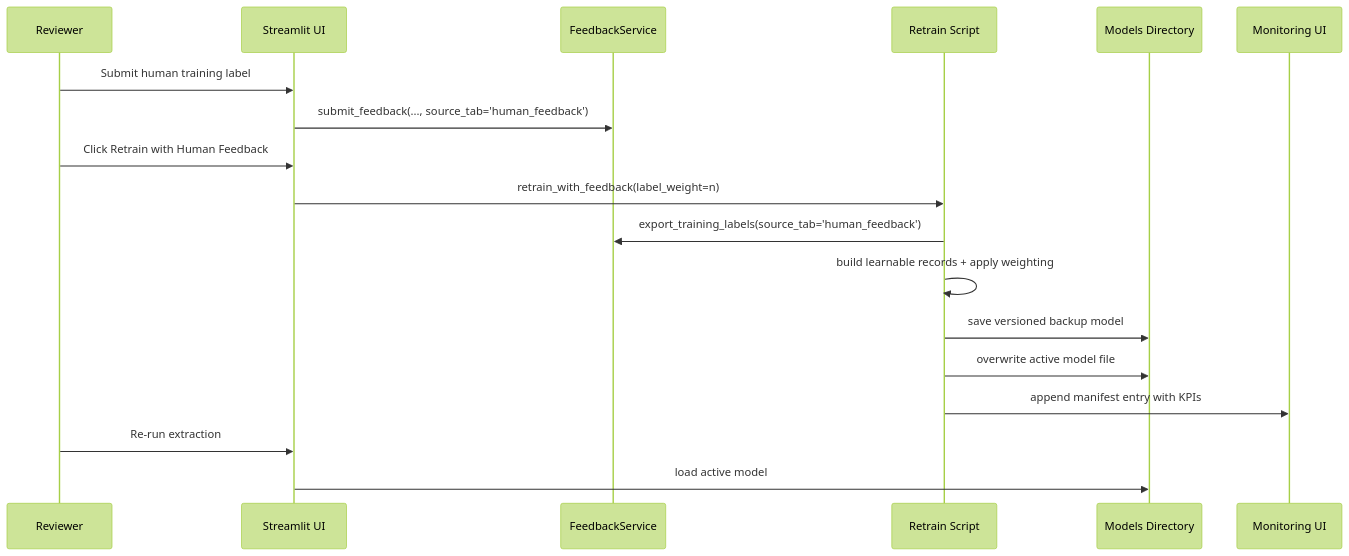
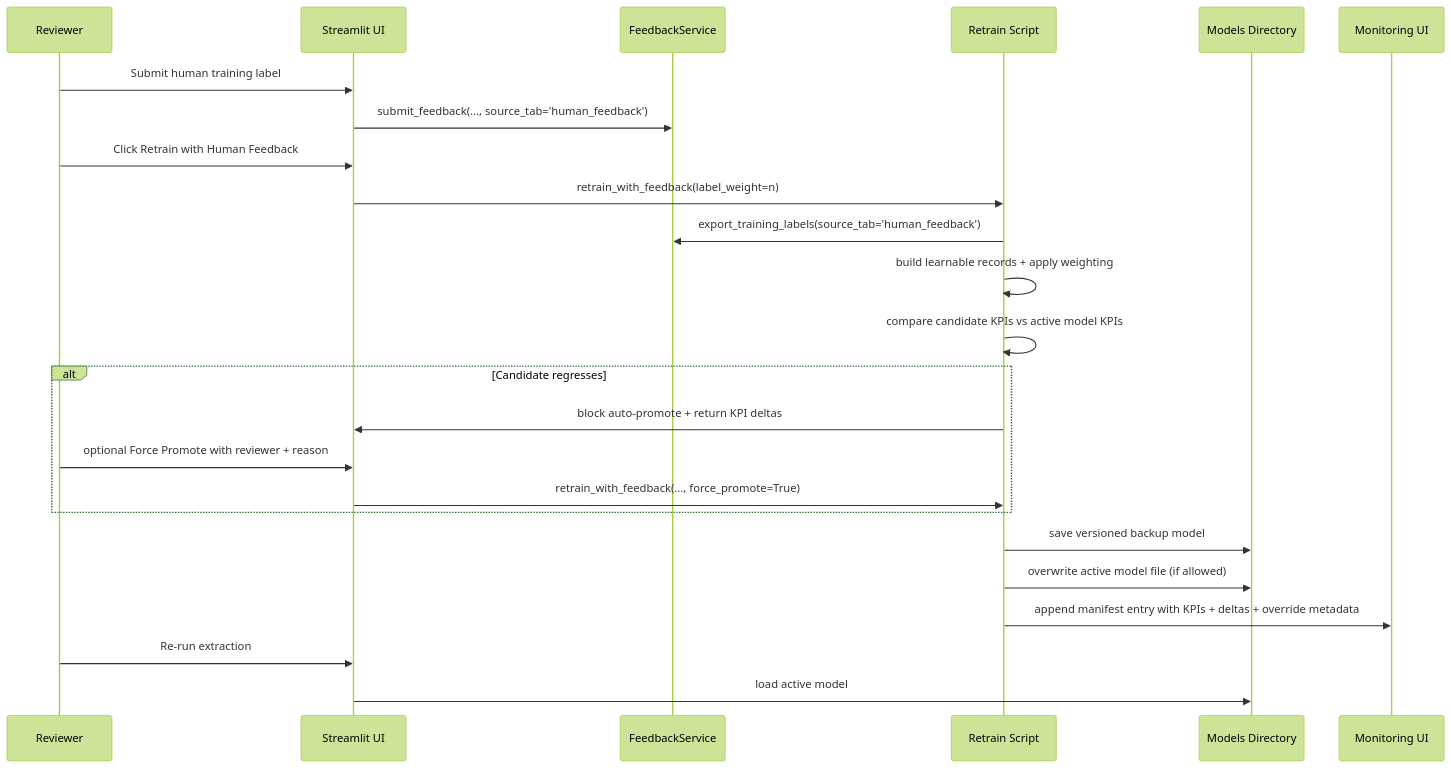
One commit to obizues/AI-Governance-Platform changed the third of 3 diagrams in docs/architecture.md. Above: the diagram before and after it, drawn with Mermaid (forest theme). The commit also changed other lines of this file and 8 other files, not shown here.

````diff
--- a/docs/architecture.md
+++ b/docs/architecture.md
@@ -90,21 +97,27 @@
 ```mermaid
 sequenceDiagram
   participant Reviewer
   participant UI as Streamlit UI
   participant FB as FeedbackService
   participant RT as Retrain Script
   participant M as Models Directory
   participant Mon as Monitoring UI
 
   Reviewer->>UI: Submit human training label
   UI->>FB: submit_feedback(..., source_tab='human_feedback')
   Reviewer->>UI: Click Retrain with Human Feedback
   UI->>RT: retrain_with_feedback(label_weight=n)
   RT->>FB: export_training_labels(source_tab='human_feedback')
   RT->>RT: build learnable records + apply weighting
+  RT->>RT: compare candidate KPIs vs active model KPIs
+  alt Candidate regresses
+    RT->>UI: block auto-promote + return KPI deltas
+    Reviewer->>UI: optional Force Promote with reviewer + reason
+    UI->>RT: retrain_with_feedback(..., force_promote=True)
+  end
   RT->>M: save versioned backup model
-  RT->>M: overwrite active model file
-  RT->>Mon: append manifest entry with KPIs
+  RT->>M: overwrite active model file (if allowed)
+  RT->>Mon: append manifest entry with KPIs + deltas + override metadata
   Reviewer->>UI: Re-run extraction
   UI->>M: load active model
 ```
````
